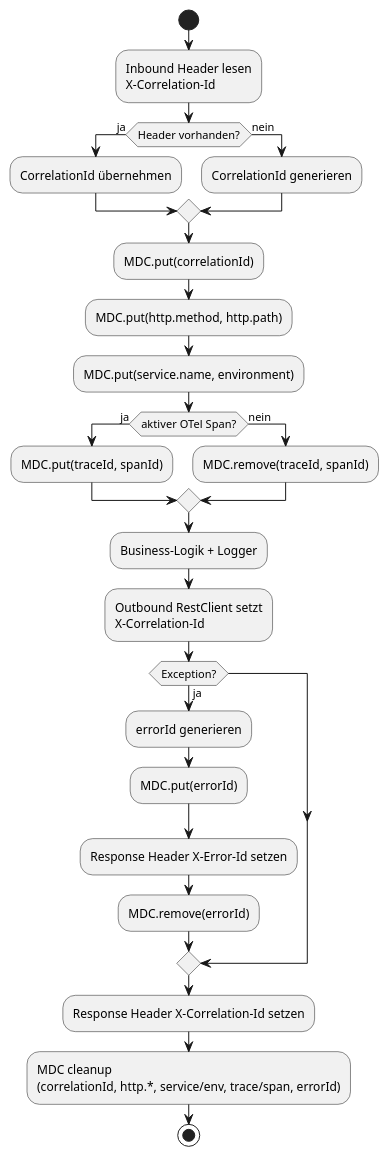
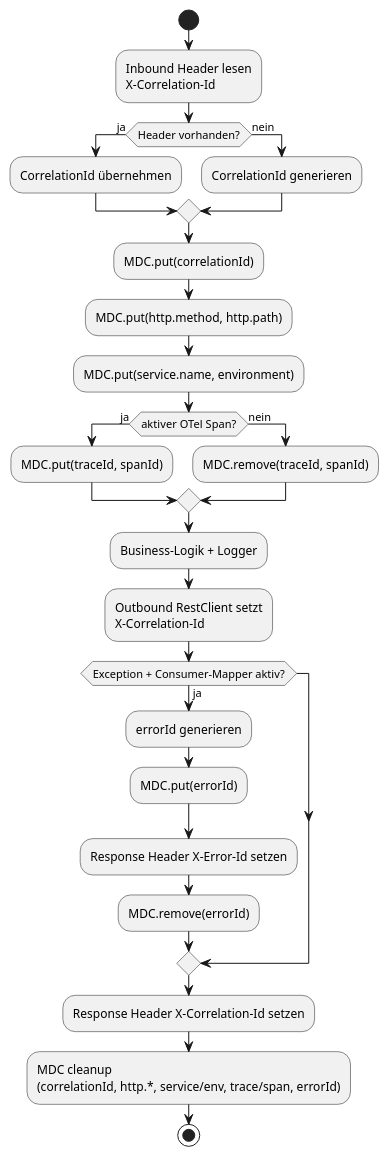
Before and after one commit to marstusch/loglib: the diagram in docs/architecture/mdc-dataflow.md, drawn with PlantUML. The commit also changed 4 other files, not shown here.

Commit message:
docs(architecture): align diagrams with current exception handling model

````diff
--- a/docs/architecture/mdc-dataflow.md
+++ b/docs/architecture/mdc-dataflow.md
@@ -5,34 +5,34 @@
 ```plantuml
 @startuml
 start
 :Inbound Header lesen\nX-Correlation-Id;
 if (Header vorhanden?) then (ja)
   :CorrelationId übernehmen;
 else (nein)
   :CorrelationId generieren;
 endif
 
 :MDC.put(correlationId);
 :MDC.put(http.method, http.path);
 :MDC.put(service.name, environment);
 if (aktiver OTel Span?) then (ja)
   :MDC.put(traceId, spanId);
 else (nein)
   :MDC.remove(traceId, spanId);
 endif
 
 :Business-Logik + Logger;
 :Outbound RestClient setzt\nX-Correlation-Id;
 
-if (Exception?) then (ja)
+if (Exception + Consumer-Mapper aktiv?) then (ja)
   :errorId generieren;
   :MDC.put(errorId);
   :Response Header X-Error-Id setzen;
   :MDC.remove(errorId);
 endif
 
 :Response Header X-Correlation-Id setzen;
 :MDC cleanup\n(correlationId, http.*, service/env, trace/span, errorId);
 stop
 @enduml
 ```
````
